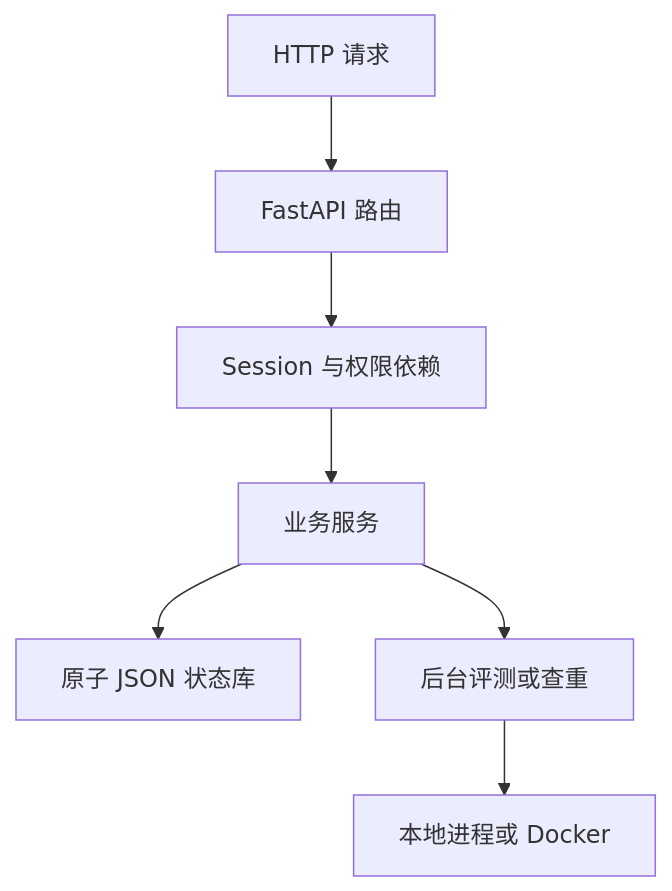
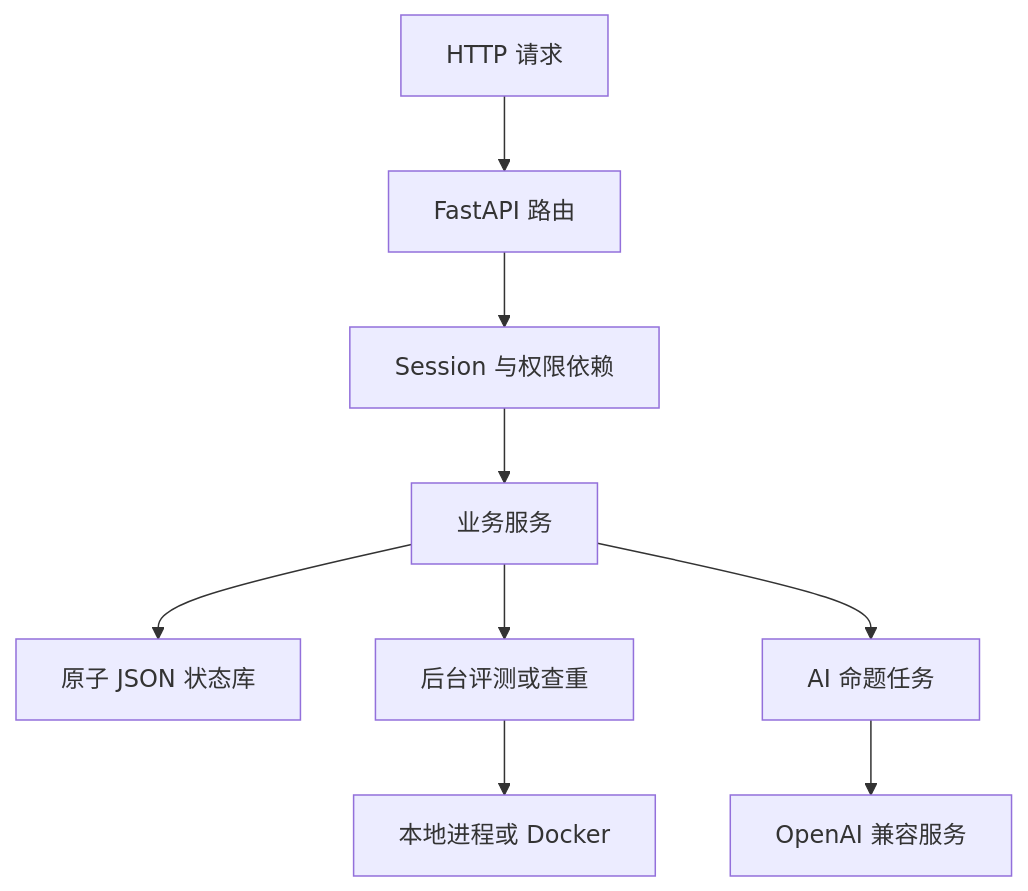
Before and after one commit to Tristoxy/oj-system-project: the first of 2 diagrams in docs/DEFENSE_GUIDE.md, drawn with Mermaid. The commit also changed other lines of this file and 59 other files, not shown here.

````diff
--- a/docs/DEFENSE_GUIDE.md
+++ b/docs/DEFENSE_GUIDE.md
@@ -21,9 +21,11 @@
 ```mermaid
 flowchart TD
     A[HTTP 请求] --> B[FastAPI 路由]
     B --> C[Session 与权限依赖]
     C --> D[业务服务]
     D --> E[原子 JSON 状态库]
     D --> F[后台评测或查重]
     F --> G[本地进程或 Docker]
+    D --> H[AI 命题任务]
+    H --> I[OpenAI 兼容服务]
 ```
````
